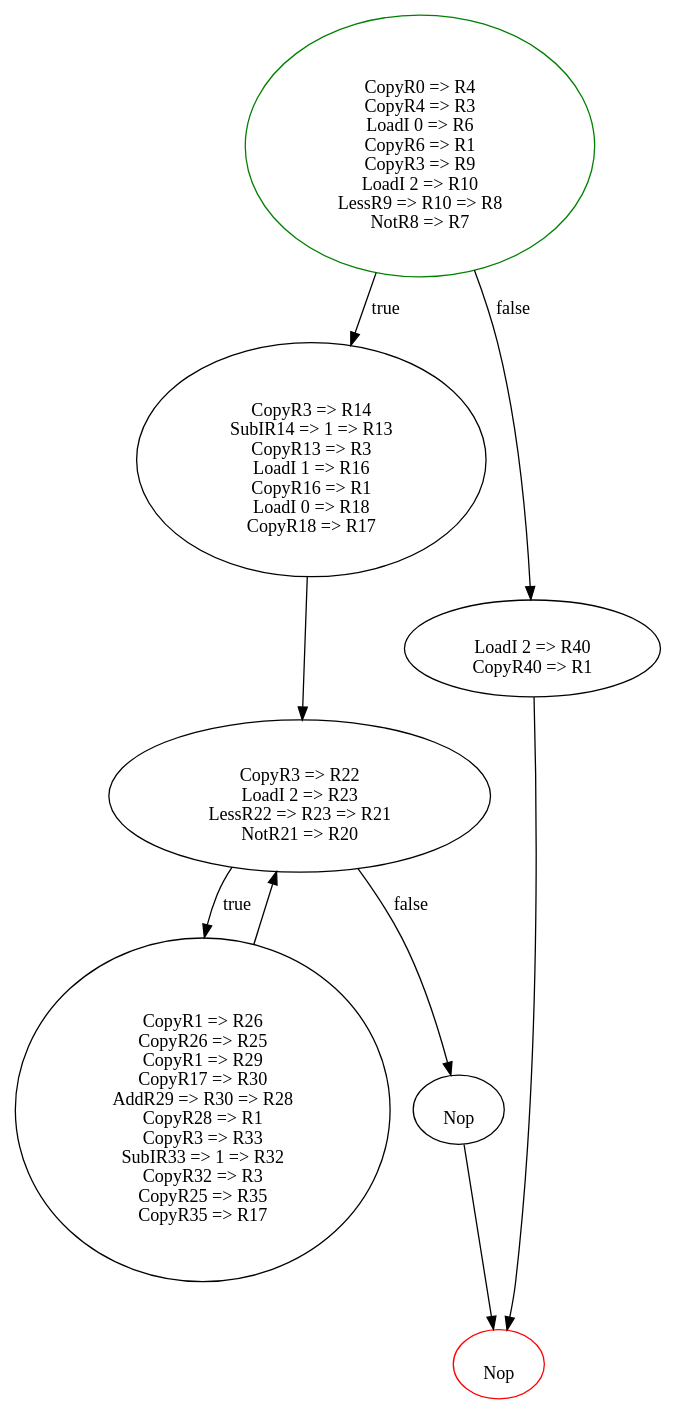
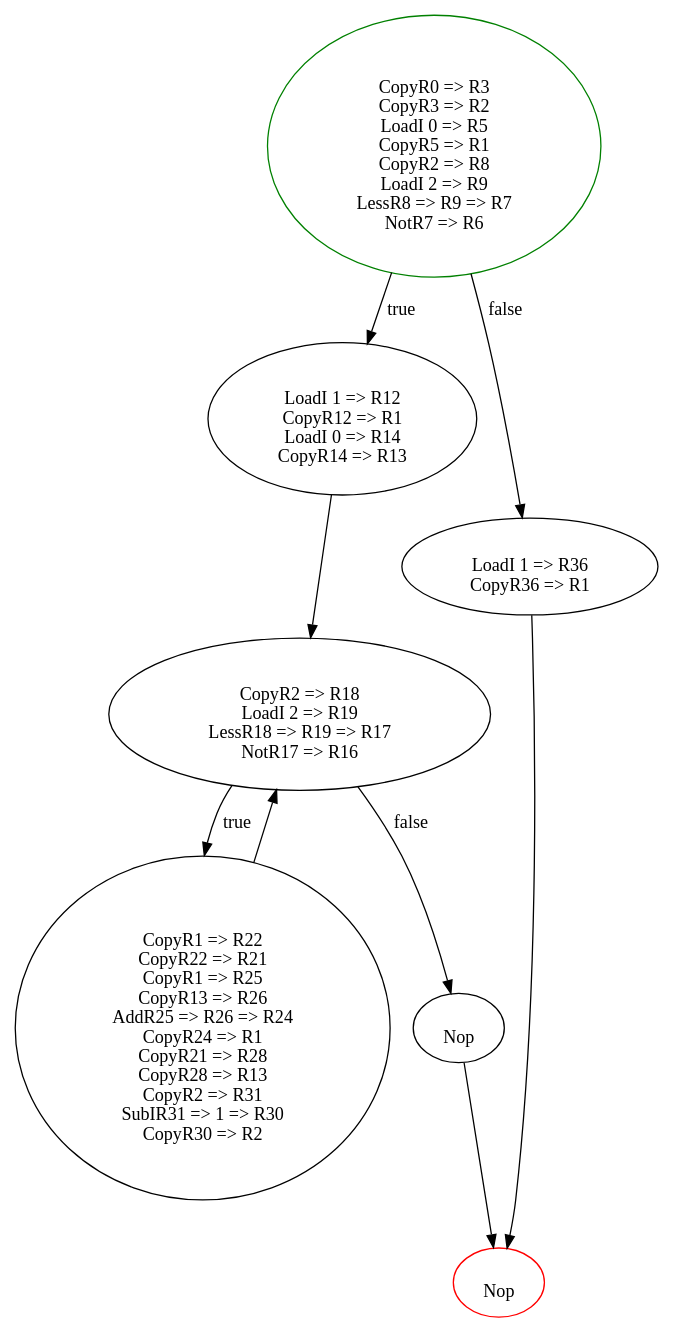
The diagram in project/PF5/cfg/dot/fibonacci-minirisc.dot (wuacs/unipi-lci), drawn with Graphviz before and after one commit. The commit also changed 8 other files, not shown here.

```diff
--- a/project/PF5/cfg/dot/fibonacci-minirisc.dot
+++ b/project/PF5/cfg/dot/fibonacci-minirisc.dot
@@ -1,19 +1,19 @@
 digraph G {
   // Entry node
   0 [shape=ellipse, color=green];
   // Exit node
   6 [shape=ellipse, color=red];
-  0 [label=" \n CopyR0 => R4 \n CopyR4 => R3 \n LoadI 0 => R6 \n CopyR6 => R1 \n CopyR3 => R9 \n LoadI 2 => R10 \n LessR9 => R10 => R8 \n NotR8 => R7"];
-  1 [label=" \n CopyR3 => R14 \n SubIR14 => 1 => R13 \n CopyR13 => R3 \n LoadI 1 => R16 \n CopyR16 => R1 \n LoadI 0 => R18 \n CopyR18 => R17"];
-  2 [label=" \n CopyR3 => R22 \n LoadI 2 => R23 \n LessR22 => R23 => R21 \n NotR21 => R20"];
-  3 [label=" \n CopyR1 => R26 \n CopyR26 => R25 \n CopyR1 => R29 \n CopyR17 => R30 \n AddR29 => R30 => R28 \n CopyR28 => R1 \n CopyR3 => R33 \n SubIR33 => 1 => R32 \n CopyR32 => R3 \n CopyR25 => R35 \n CopyR35 => R17"];
+  0 [label=" \n CopyR0 => R3 \n CopyR3 => R2 \n LoadI 0 => R5 \n CopyR5 => R1 \n CopyR2 => R8 \n LoadI 2 => R9 \n LessR8 => R9 => R7 \n NotR7 => R6"];
+  1 [label=" \n LoadI 1 => R12 \n CopyR12 => R1 \n LoadI 0 => R14 \n CopyR14 => R13"];
+  2 [label=" \n CopyR2 => R18 \n LoadI 2 => R19 \n LessR18 => R19 => R17 \n NotR17 => R16"];
+  3 [label=" \n CopyR1 => R22 \n CopyR22 => R21 \n CopyR1 => R25 \n CopyR13 => R26 \n AddR25 => R26 => R24 \n CopyR24 => R1 \n CopyR21 => R28 \n CopyR28 => R13 \n CopyR2 => R31 \n SubIR31 => 1 => R30 \n CopyR30 => R2"];
   4 [label=" \n Nop"];
-  5 [label=" \n LoadI 2 => R40 \n CopyR40 => R1"];
+  5 [label=" \n LoadI 1 => R36 \n CopyR36 => R1"];
   6 [label=" \n Nop"];
 0 -> 1 [label="true"];
 0 -> 5 [label="false"];1 -> 2;
 2 -> 3 [label="true"];
 2 -> 4 [label="false"];3 -> 2;
 4 -> 6;
 5 -> 6;
 }
```
